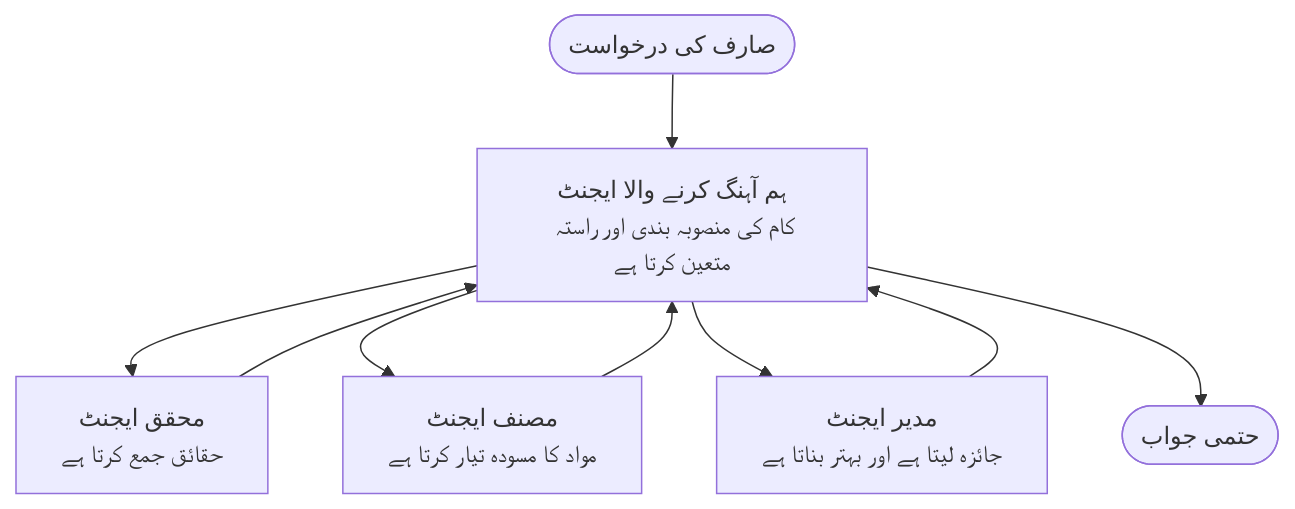
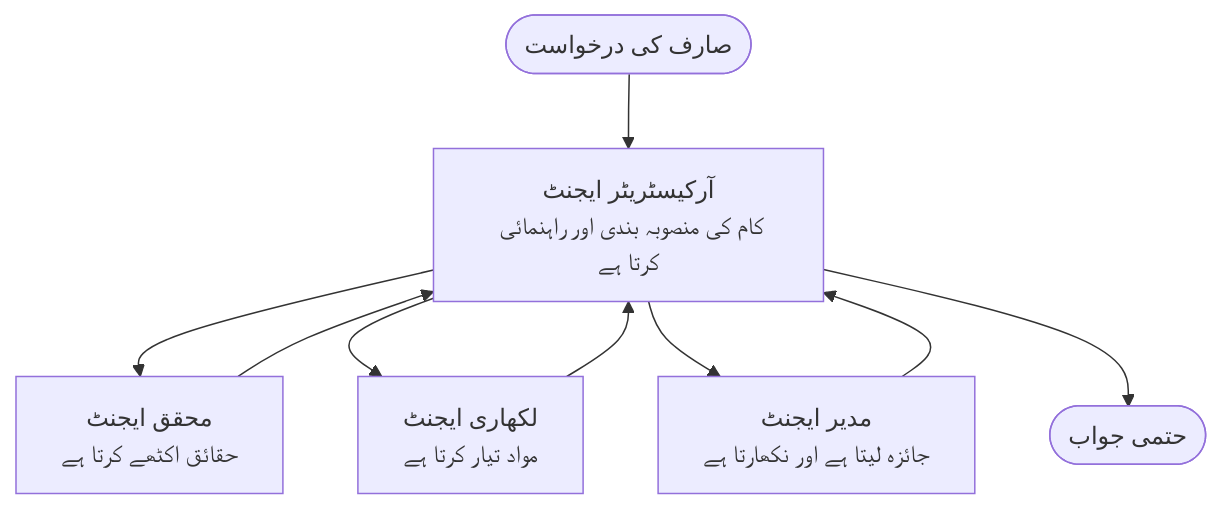
The diagram in translations/ur/docs/chapter-05-multi-agent/multi-agent-basics.md (microsoft/AZD-for-beginners), drawn with Mermaid before and after one commit. The commit also changed other lines of this file and 60 other files, not shown here.

````diff
--- a/translations/ur/docs/chapter-05-multi-agent/multi-agent-basics.md
+++ b/translations/ur/docs/chapter-05-multi-agent/multi-agent-basics.md
@@ -43,11 +43,11 @@
 ```mermaid
 graph TD
-    User([صارف کی درخواست]) --> Orchestrator[ہم آہنگ کرنے والا ایجنٹ<br/>کام کی منصوبہ بندی اور راستہ متعین کرتا ہے]
-    Orchestrator --> Researcher[محقق ایجنٹ<br/>حقائق جمع کرتا ہے]
-    Orchestrator --> Writer[مصنف ایجنٹ<br/>مواد کا مسودہ تیار کرتا ہے]
-    Orchestrator --> Editor[مدیر ایجنٹ<br/>جائزہ لیتا ہے اور بہتر بناتا ہے]
+    User([صارف کی درخواست]) --> Orchestrator[آرکیسٹریٹر ایجنٹ<br/>کام کی منصوبہ بندی اور راہنمائی کرتا ہے]
+    Orchestrator --> Researcher[محقق ایجنٹ<br/>حقائق اکٹھے کرتا ہے]
+    Orchestrator --> Writer[لکھاری ایجنٹ<br/>مواد تیار کرتا ہے]
+    Orchestrator --> Editor[مدیر ایجنٹ<br/>جائزہ لیتا ہے اور نکھارتا ہے]
     Researcher --> Orchestrator
     Writer --> Orchestrator
     Editor --> Orchestrator
     Orchestrator --> Result([حتمی جواب])
 ```
````
